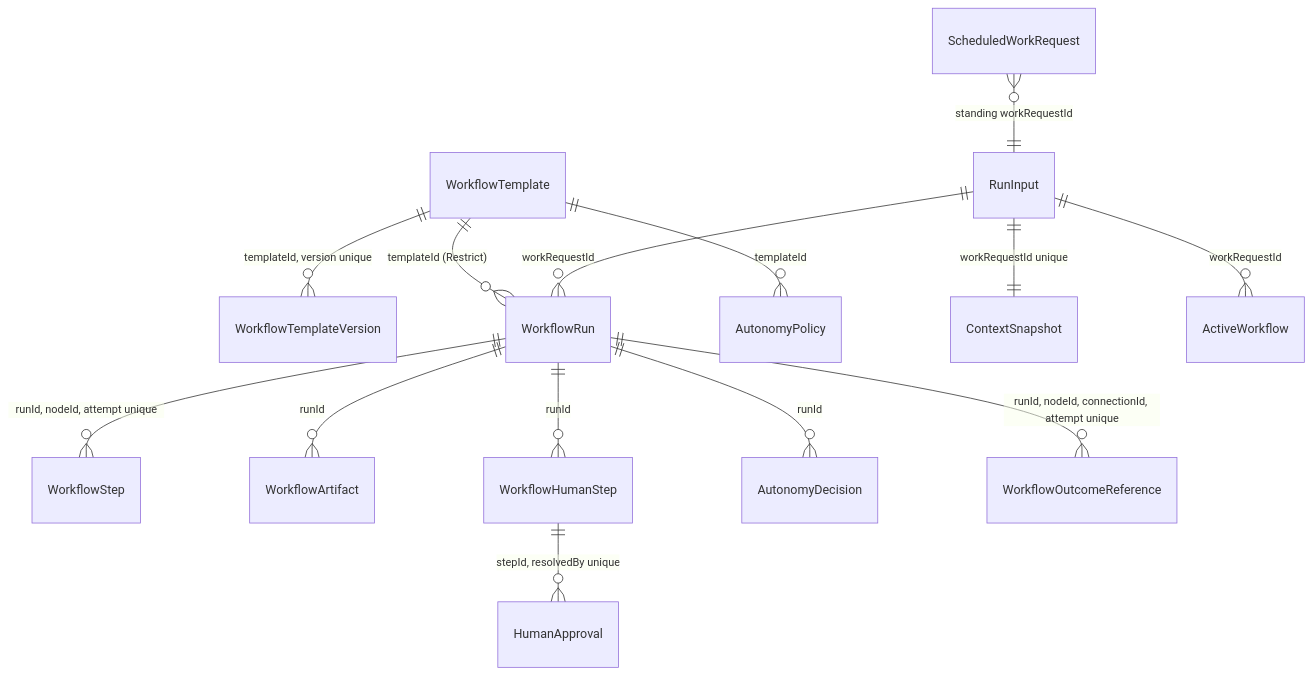
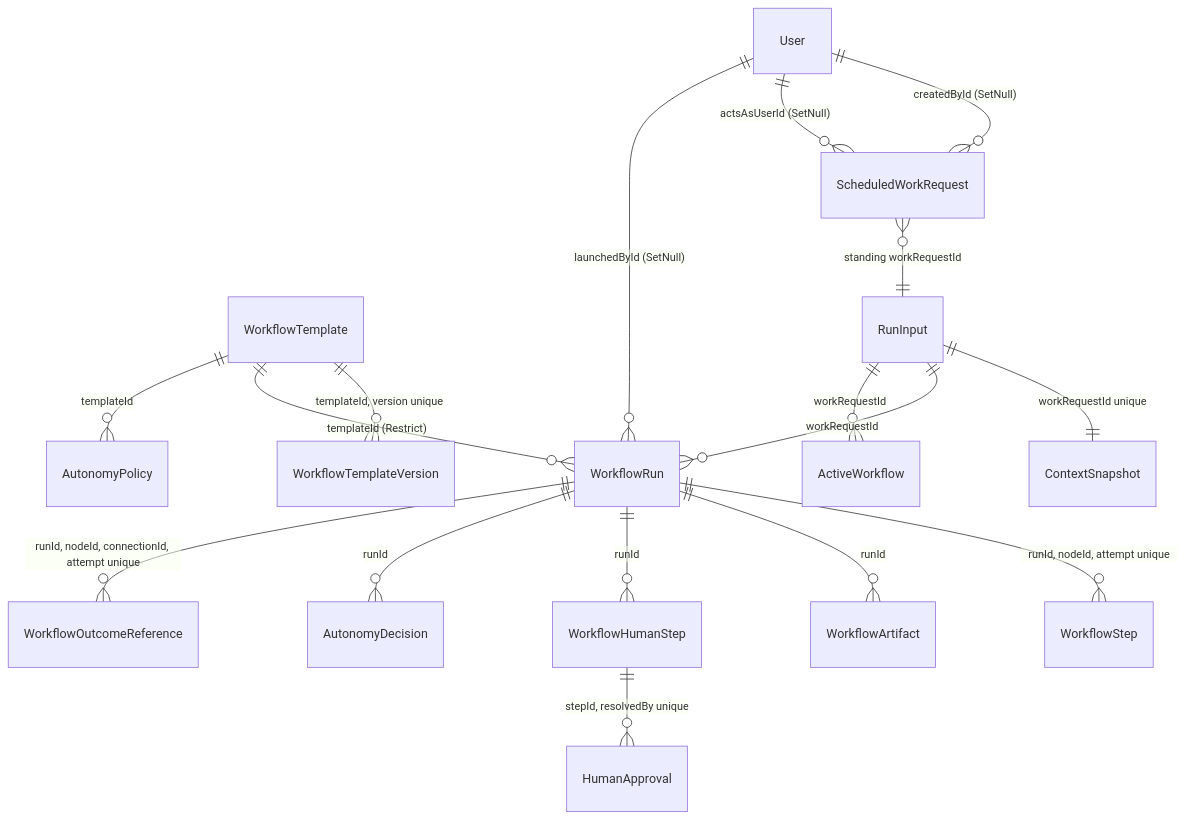
Before and after one commit to yorch/auto-swe: the third of 8 diagrams in wiki/2.1-data-model.md, drawn with Mermaid. The commit also changed other lines of this file and 12 other files, not shown here.

````diff
--- a/wiki/2.1-data-model.md
+++ b/wiki/2.1-data-model.md
@@ -103,16 +121,19 @@
 ```mermaid
 erDiagram
     WorkflowTemplate ||--o{ WorkflowTemplateVersion : "templateId, version unique"
     WorkflowTemplate ||--o{ WorkflowRun : "templateId (Restrict)"
     WorkflowTemplate ||--o{ AutonomyPolicy : "templateId"
     RunInput ||--|| ContextSnapshot : "workRequestId unique"
     RunInput ||--o{ WorkflowRun : "workRequestId"
     RunInput ||--o{ ActiveWorkflow : "workRequestId"
     ScheduledWorkRequest }o--|| RunInput : "standing workRequestId"
+    User ||--o{ ScheduledWorkRequest : "createdById (SetNull)"
+    User ||--o{ ScheduledWorkRequest : "actsAsUserId (SetNull)"
+    User ||--o{ WorkflowRun : "launchedById (SetNull)"
     WorkflowRun ||--o{ WorkflowStep : "runId, nodeId, attempt unique"
     WorkflowRun ||--o{ WorkflowArtifact : "runId"
     WorkflowRun ||--o{ WorkflowHumanStep : "runId"
     WorkflowRun ||--o{ AutonomyDecision : "runId"
     WorkflowRun ||--o{ WorkflowOutcomeReference : "runId, nodeId, connectionId, attempt unique"
     WorkflowHumanStep ||--o{ HumanApproval : "stepId, resolvedBy unique"
 ```
````
